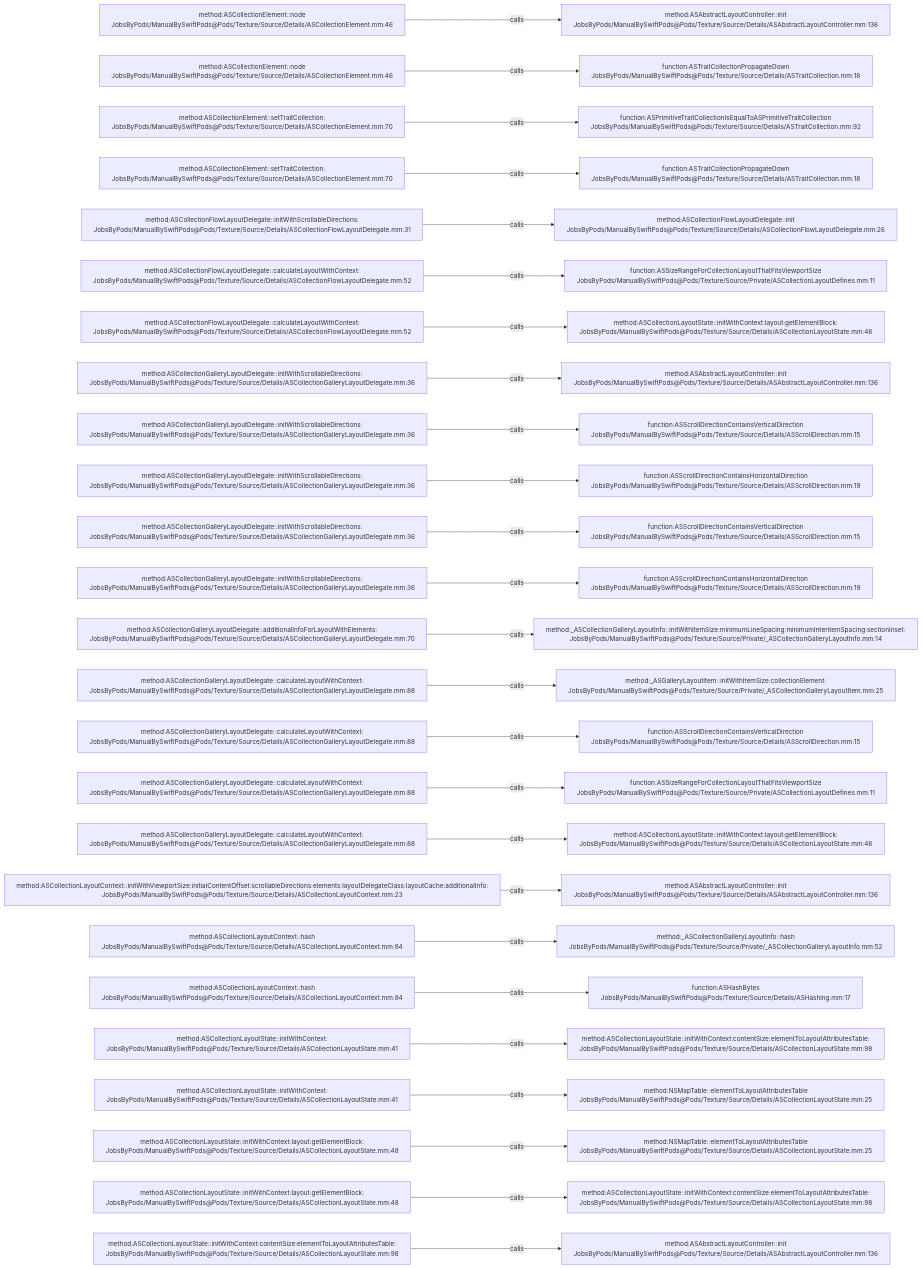
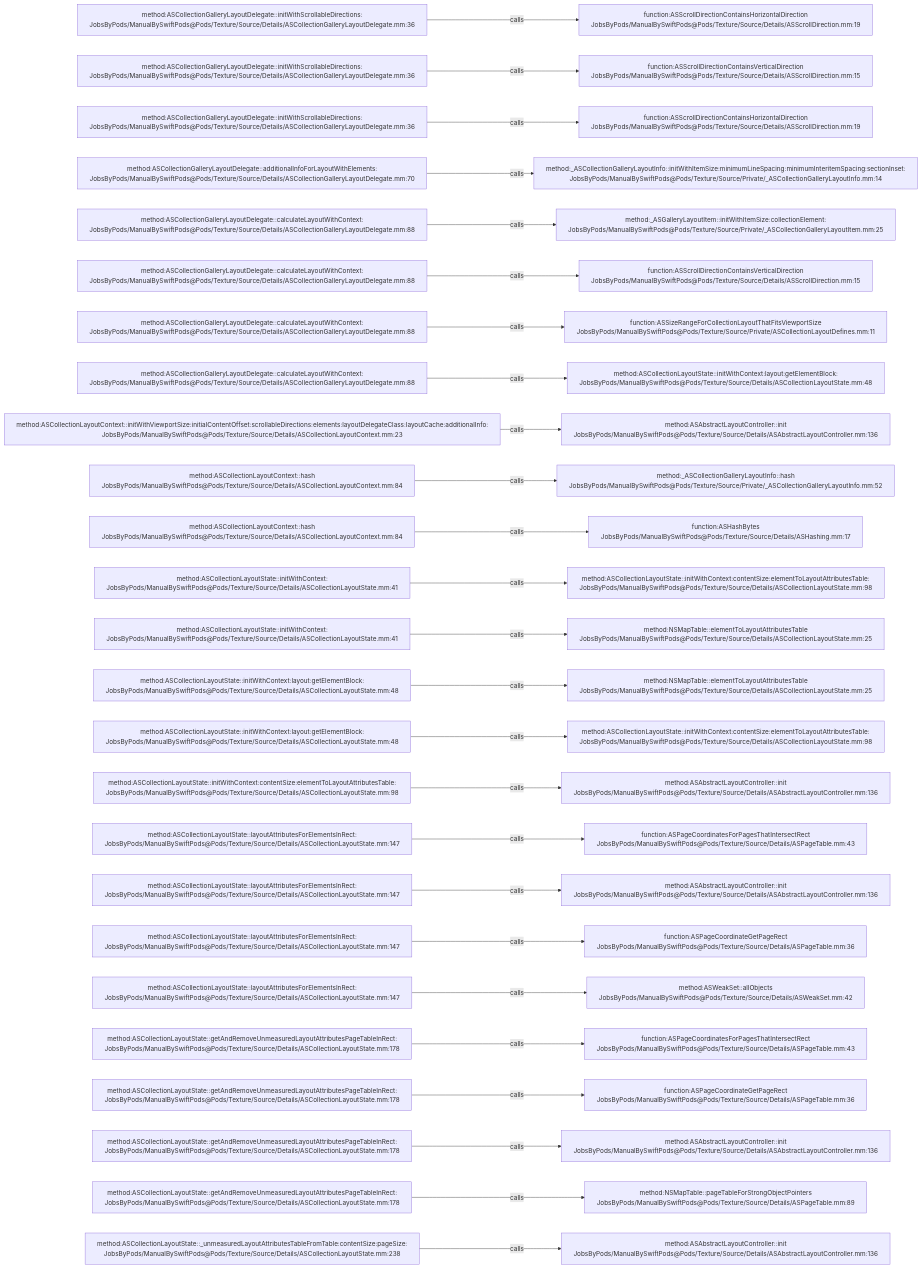
One commit to JobsKits/JobsSwiftBaseConfigDemo changed the diagram in .codegraph/codegraph.md/graphs/calls-083.md. Above: the diagram before and after it, drawn with Mermaid. The commit also changed 707 other files, not shown here.

````diff
--- a/.codegraph/codegraph.md/graphs/calls-083.md
+++ b/.codegraph/codegraph.md/graphs/calls-083.md
@@ -13,78 +13,78 @@
 ```mermaid
 flowchart LR
-  S1["method:ASCollectionElement::node<br/>JobsByPods/ManualBySwiftPods@Pods/Texture/Source/Details/ASCollectionElement.mm:46"]
-  T1["method:ASAbstractLayoutController::init<br/>JobsByPods/ManualBySwiftPods@Pods/Texture/Source/Details/ASAbstractLayoutController.mm:136"]
+  S1["method:ASCollectionGalleryLayoutDelegate::initWithScrollableDirections:<br/>JobsByPods/ManualBySwiftPods@Pods/Texture/Source/Details/ASCollectionGalleryLayoutDelegate.mm:36"]
+  T1["function:ASScrollDirectionContainsHorizontalDirection<br/>JobsByPods/ManualBySwiftPods@Pods/Texture/Source/Details/ASScrollDirection.mm:19"]
   S1 -->|calls| T1
-  S2["method:ASCollectionElement::node<br/>JobsByPods/ManualBySwiftPods@Pods/Texture/Source/Details/ASCollectionElement.mm:46"]
-  T2["function:ASTraitCollectionPropagateDown<br/>JobsByPods/ManualBySwiftPods@Pods/Texture/Source/Details/ASTraitCollection.mm:18"]
+  S2["method:ASCollectionGalleryLayoutDelegate::initWithScrollableDirections:<br/>JobsByPods/ManualBySwiftPods@Pods/Texture/Source/Details/ASCollectionGalleryLayoutDelegate.mm:36"]
+  T2["function:ASScrollDirectionContainsVerticalDirection<br/>JobsByPods/ManualBySwiftPods@Pods/Texture/Source/Details/ASScrollDirection.mm:15"]
   S2 -->|calls| T2
-  S3["method:ASCollectionElement::setTraitCollection:<br/>JobsByPods/ManualBySwiftPods@Pods/Texture/Source/Details/ASCollectionElement.mm:70"]
-  T3["function:ASPrimitiveTraitCollectionIsEqualToASPrimitiveTraitCollection<br/>JobsByPods/ManualBySwiftPods@Pods/Texture/Source/Details/ASTraitCollection.mm:92"]
+  S3["method:ASCollectionGalleryLayoutDelegate::initWithScrollableDirections:<br/>JobsByPods/ManualBySwiftPods@Pods/Texture/Source/Details/ASCollectionGalleryLayoutDelegate.mm:36"]
+  T3["function:ASScrollDirectionContainsHorizontalDirection<br/>JobsByPods/ManualBySwiftPods@Pods/Texture/Source/Details/ASScrollDirection.mm:19"]
   S3 -->|calls| T3
-  S4["method:ASCollectionElement::setTraitCollection:<br/>JobsByPods/ManualBySwiftPods@Pods/Texture/Source/Details/ASCollectionElement.mm:70"]
-  T4["function:ASTraitCollectionPropagateDown<br/>JobsByPods/ManualBySwiftPods@Pods/Texture/Source/Details/ASTraitCollection.mm:18"]
+  S4["method:ASCollectionGalleryLayoutDelegate::additionalInfoForLayoutWithElements:<br/>JobsByPods/ManualBySwiftPods@Pods/Texture/Source/Details/ASCollectionGalleryLayoutDelegate.mm:70"]
+  T4["method:_ASCollectionGalleryLayoutInfo::initWithItemSize:minimumLineSpacing:minimumInteritemSpacing:sectionInset:<br/>JobsByPods/ManualBySwiftPods@Pods/Texture/Source/Private/_ASCollectionGalleryLayoutInfo.mm:14"]
   S4 -->|calls| T4
-  S5["method:ASCollectionFlowLayoutDelegate::initWithScrollableDirections:<br/>JobsByPods/ManualBySwiftPods@Pods/Texture/Source/Details/ASCollectionFlowLayoutDelegate.mm:31"]
-  T5["method:ASCollectionFlowLayoutDelegate::init<br/>JobsByPods/ManualBySwiftPods@Pods/Texture/Source/Details/ASCollectionFlowLayoutDelegate.mm:26"]
+  S5["method:ASCollectionGalleryLayoutDelegate::calculateLayoutWithContext:<br/>JobsByPods/ManualBySwiftPods@Pods/Texture/Source/Details/ASCollectionGalleryLayoutDelegate.mm:88"]
+  T5["method:_ASGalleryLayoutItem::initWithItemSize:collectionElement:<br/>JobsByPods/ManualBySwiftPods@Pods/Texture/Source/Private/_ASCollectionGalleryLayoutItem.mm:25"]
   S5 -->|calls| T5
-  S6["method:ASCollectionFlowLayoutDelegate::calculateLayoutWithContext:<br/>JobsByPods/ManualBySwiftPods@Pods/Texture/Source/Details/ASCollectionFlowLayoutDelegate.mm:52"]
-  T6["function:ASSizeRangeForCollectionLayoutThatFitsViewportSize<br/>JobsByPods/ManualBySwiftPods@Pods/Texture/Source/Private/ASCollectionLayoutDefines.mm:11"]
+  S6["method:ASCollectionGalleryLayoutDelegate::calculateLayoutWithContext:<br/>JobsByPods/ManualBySwiftPods@Pods/Texture/Source/Details/ASCollectionGalleryLayoutDelegate.mm:88"]
+  T6["function:ASScrollDirectionContainsVerticalDirection<br/>JobsByPods/ManualBySwiftPods@Pods/Texture/Source/Details/ASScrollDirection.mm:15"]
   S6 -->|calls| T6
-  S7["method:ASCollectionFlowLayoutDelegate::calculateLayoutWithContext:<br/>JobsByPods/ManualBySwiftPods@Pods/Texture/Source/Details/ASCollectionFlowLayoutDelegate.mm:52"]
-  T7["method:ASCollectionLayoutState::initWithContext:layout:getElementBlock:<br/>JobsByPods/ManualBySwiftPods@Pods/Texture/Source/Details/ASCollectionLayoutState.mm:48"]
+  S7["method:ASCollectionGalleryLayoutDelegate::calculateLayoutWithContext:<br/>JobsByPods/ManualBySwiftPods@Pods/Texture/Source/Details/ASCollectionGalleryLayoutDelegate.mm:88"]
+  T7["function:ASSizeRangeForCollectionLayoutThatFitsViewportSize<br/>JobsByPods/ManualBySwiftPods@Pods/Texture/Source/Private/ASCollectionLayoutDefines.mm:11"]
   S7 -->|calls| T7
-  S8["method:ASCollectionGalleryLayoutDelegate::initWithScrollableDirections:<br/>JobsByPods/ManualBySwiftPods@Pods/Texture/Source/Details/ASCollectionGalleryLayoutDelegate.mm:36"]
-  T8["method:ASAbstractLayoutController::init<br/>JobsByPods/ManualBySwiftPods@Pods/Texture/Source/Details/ASAbstractLayoutController.mm:136"]
+  S8["method:ASCollectionGalleryLayoutDelegate::calculateLayoutWithContext:<br/>JobsByPods/ManualBySwiftPods@Pods/Texture/Source/Details/ASCollectionGalleryLayoutDelegate.mm:88"]
+  T8["method:ASCollectionLayoutState::initWithContext:layout:getElementBlock:<br/>JobsByPods/ManualBySwiftPods@Pods/Texture/Source/Details/ASCollectionLayoutState.mm:48"]
   S8 -->|calls| T8
-  S9["method:ASCollectionGalleryLayoutDelegate::initWithScrollableDirections:<br/>JobsByPods/ManualBySwiftPods@Pods/Texture/Source/Details/ASCollectionGalleryLayoutDelegate.mm:36"]
-  T9["function:ASScrollDirectionContainsVerticalDirection<br/>JobsByPods/ManualBySwiftPods@Pods/Texture/Source/Details/ASScrollDirection.mm:15"]
+  S9["method:ASCollectionLayoutContext::initWithViewportSize:initialContentOffset:scrollableDirections:elements:layoutDelegateClass:layoutCache:additionalInfo:<br/>JobsByPods/ManualBySwiftPods@Pods/Texture/Source/Details/ASCollectionLayoutContext.mm:23"]
+  T9["method:ASAbstractLayoutController::init<br/>JobsByPods/ManualBySwiftPods@Pods/Texture/Source/Details/ASAbstractLayoutController.mm:136"]
   S9 -->|calls| T9
-  S10["method:ASCollectionGalleryLayoutDelegate::initWithScrollableDirections:<br/>JobsByPods/ManualBySwiftPods@Pods/Texture/Source/Details/ASCollectionGalleryLayoutDelegate.mm:36"]
-  T10["function:ASScrollDirectionContainsHorizontalDirection<br/>JobsByPods/ManualBySwiftPods@Pods/Texture/Source/Details/ASScrollDirection.mm:19"]
+  S10["method:ASCollectionLayoutContext::hash<br/>JobsByPods/ManualBySwiftPods@Pods/Texture/Source/Details/ASCollectionLayoutContext.mm:84"]
+  T10["method:_ASCollectionGalleryLayoutInfo::hash<br/>JobsByPods/ManualBySwiftPods@Pods/Texture/Source/Private/_ASCollectionGalleryLayoutInfo.mm:52"]
   S10 -->|calls| T10
-  S11["method:ASCollectionGalleryLayoutDelegate::initWithScrollableDirections:<br/>JobsByPods/ManualBySwiftPods@Pods/Texture/Source/Details/ASCollectionGalleryLayoutDelegate.mm:36"]
-  T11["function:ASScrollDirectionContainsVerticalDirection<br/>JobsByPods/ManualBySwiftPods@Pods/Texture/Source/Details/ASScrollDirection.mm:15"]
+  S11["method:ASCollectionLayoutContext::hash<br/>JobsByPods/ManualBySwiftPods@Pods/Texture/Source/Details/ASCollectionLayoutContext.mm:84"]
+  T11["function:ASHashBytes<br/>JobsByPods/ManualBySwiftPods@Pods/Texture/Source/Details/ASHashing.mm:17"]
   S11 -->|calls| T11
-  S12["method:ASCollectionGalleryLayoutDelegate::initWithScrollableDirections:<br/>JobsByPods/ManualBySwiftPods@Pods/Texture/Source/Details/ASCollectionGalleryLayoutDelegate.mm:36"]
-  T12["function:ASScrollDirectionContainsHorizontalDirection<br/>JobsByPods/ManualBySwiftPods@Pods/Texture/Source/Details/ASScrollDirection.mm:19"]
+  S12["method:ASCollectionLayoutState::initWithContext:<br/>JobsByPods/ManualBySwiftPods@Pods/Texture/Source/Details/ASCollectionLayoutState.mm:41"]
+  T12["method:ASCollectionLayoutState::initWithContext:contentSize:elementToLayoutAttributesTable:<br/>JobsByPods/ManualBySwiftPods@Pods/Texture/Source/Details/ASCollectionLayoutState.mm:98"]
   S12 -->|calls| T12
-  S13["method:ASCollectionGalleryLayoutDelegate::additionalInfoForLayoutWithElements:<br/>JobsByPods/ManualBySwiftPods@Pods/Texture/Source/Details/ASCollectionGalleryLayoutDelegate.mm:70"]
-  T13["method:_ASCollectionGalleryLayoutInfo::initWithItemSize:minimumLineSpacing:minimumInteritemSpacing:sectionInset:<br/>JobsByPods/ManualBySwiftPods@Pods/Texture/Source/Private/_ASCollectionGalleryLayoutInfo.mm:14"]
+  S13["method:ASCollectionLayoutState::initWithContext:<br/>JobsByPods/ManualBySwiftPods@Pods/Texture/Source/Details/ASCollectionLayoutState.mm:41"]
+  T13["method:NSMapTable::elementToLayoutAttributesTable<br/>JobsByPods/ManualBySwiftPods@Pods/Texture/Source/Details/ASCollectionLayoutState.mm:25"]
   S13 -->|calls| T13
-  S14["method:ASCollectionGalleryLayoutDelegate::calculateLayoutWithContext:<br/>JobsByPods/ManualBySwiftPods@Pods/Texture/Source/Details/ASCollectionGalleryLayoutDelegate.mm:88"]
-  T14["method:_ASGalleryLayoutItem::initWithItemSize:collectionElement:<br/>JobsByPods/ManualBySwiftPods@Pods/Texture/Source/Private/_ASCollectionGalleryLayoutItem.mm:25"]
+  S14["method:ASCollectionLayoutState::initWithContext:layout:getElementBlock:<br/>JobsByPods/ManualBySwiftPods@Pods/Texture/Source/Details/ASCollectionLayoutState.mm:48"]
+  T14["method:NSMapTable::elementToLayoutAttributesTable<br/>JobsByPods/ManualBySwiftPods@Pods/Texture/Source/Details/ASCollectionLayoutState.mm:25"]
   S14 -->|calls| T14
-  S15["method:ASCollectionGalleryLayoutDelegate::calculateLayoutWithContext:<br/>JobsByPods/ManualBySwiftPods@Pods/Texture/Source/Details/ASCollectionGalleryLayoutDelegate.mm:88"]
-  T15["function:ASScrollDirectionContainsVerticalDirection<br/>JobsByPods/ManualBySwiftPods@Pods/Texture/Source/Details/ASScrollDirection.mm:15"]
+  S15["method:ASCollectionLayoutState::initWithContext:layout:getElementBlock:<br/>JobsByPods/ManualBySwiftPods@Pods/Texture/Source/Details/ASCollectionLayoutState.mm:48"]
+  T15["method:ASCollectionLayoutState::initWithContext:contentSize:elementToLayoutAttributesTable:<br/>JobsByPods/ManualBySwiftPods@Pods/Texture/Source/Details/ASCollectionLayoutState.mm:98"]
   S15 -->|calls| T15
-  S16["method:ASCollectionGalleryLayoutDelegate::calculateLayoutWithContext:<br/>JobsByPods/ManualBySwiftPods@Pods/Texture/Source/Details/ASCollectionGalleryLayoutDelegate.mm:88"]
-  T16["function:ASSizeRangeForCollectionLayoutThatFitsViewportSize<br/>JobsByPods/ManualBySwiftPods@Pods/Texture/Source/Private/ASCollectionLayoutDefines.mm:11"]
+  S16["method:ASCollectionLayoutState::initWithContext:contentSize:elementToLayoutAttributesTable:<br/>JobsByPods/ManualBySwiftPods@Pods/Texture/Source/Details/ASCollectionLayoutState.mm:98"]
+  T16["method:ASAbstractLayoutController::init<br/>JobsByPods/ManualBySwiftPods@Pods/Texture/Source/Details/ASAbstractLayoutController.mm:136"]
   S16 -->|calls| T16
-  S17["method:ASCollectionGalleryLayoutDelegate::calculateLayoutWithContext:<br/>JobsByPods/ManualBySwiftPods@Pods/Texture/Source/Details/ASCollectionGalleryLayoutDelegate.mm:88"]
-  T17["method:ASCollectionLayoutState::initWithContext:layout:getElementBlock:<br/>JobsByPods/ManualBySwiftPods@Pods/Texture/Source/Details/ASCollectionLayoutState.mm:48"]
+  S17["method:ASCollectionLayoutState::layoutAttributesForElementsInRect:<br/>JobsByPods/ManualBySwiftPods@Pods/Texture/Source/Details/ASCollectionLayoutState.mm:147"]
+  T17["function:ASPageCoordinatesForPagesThatIntersectRect<br/>JobsByPods/ManualBySwiftPods@Pods/Texture/Source/Details/ASPageTable.mm:43"]
   S17 -->|calls| T17
-  S18["method:ASCollectionLayoutContext::initWithViewportSize:initialContentOffset:scrollableDirections:elements:layoutDelegateClass:layoutCache:additionalInfo:<br/>JobsByPods/ManualBySwiftPods@Pods/Texture/Source/Details/ASCollectionLayoutContext.mm:23"]
+  S18["method:ASCollectionLayoutState::layoutAttributesForElementsInRect:<br/>JobsByPods/ManualBySwiftPods@Pods/Texture/Source/Details/ASCollectionLayoutState.mm:147"]
   T18["method:ASAbstractLayoutController::init<br/>JobsByPods/ManualBySwiftPods@Pods/Texture/Source/Details/ASAbstractLayoutController.mm:136"]
   S18 -->|calls| T18
-  S19["method:ASCollectionLayoutContext::hash<br/>JobsByPods/ManualBySwiftPods@Pods/Texture/Source/Details/ASCollectionLayoutContext.mm:84"]
-  T19["method:_ASCollectionGalleryLayoutInfo::hash<br/>JobsByPods/ManualBySwiftPods@Pods/Texture/Source/Private/_ASCollectionGalleryLayoutInfo.mm:52"]
+  S19["method:ASCollectionLayoutState::layoutAttributesForElementsInRect:<br/>JobsByPods/ManualBySwiftPods@Pods/Texture/Source/Details/ASCollectionLayoutState.mm:147"]
+  T19["function:ASPageCoordinateGetPageRect<br/>JobsByPods/ManualBySwiftPods@Pods/Texture/Source/Details/ASPageTable.mm:36"]
   S19 -->|calls| T19
-  S20["method:ASCollectionLayoutContext::hash<br/>JobsByPods/ManualBySwiftPods@Pods/Texture/Source/Details/ASCollectionLayoutContext.mm:84"]
-  T20["function:ASHashBytes<br/>JobsByPods/ManualBySwiftPods@Pods/Texture/Source/Details/ASHashing.mm:17"]
+  S20["method:ASCollectionLayoutState::layoutAttributesForElementsInRect:<br/>JobsByPods/ManualBySwiftPods@Pods/Texture/Source/Details/ASCollectionLayoutState.mm:147"]
+  T20["method:ASWeakSet::allObjects<br/>JobsByPods/ManualBySwiftPods@Pods/Texture/Source/Details/ASWeakSet.mm:42"]
   S20 -->|calls| T20
-  S21["method:ASCollectionLayoutState::initWithContext:<br/>JobsByPods/ManualBySwiftPods@Pods/Texture/Source/Details/ASCollectionLayoutState.mm:41"]
-  T21["method:ASCollectionLayoutState::initWithContext:contentSize:elementToLayoutAttributesTable:<br/>JobsByPods/ManualBySwiftPods@Pods/Texture/Source/Details/ASCollectionLayoutState.mm:98"]
+  S21["method:ASCollectionLayoutState::getAndRemoveUnmeasuredLayoutAttributesPageTableInRect:<br/>JobsByPods/ManualBySwiftPods@Pods/Texture/Source/Details/ASCollectionLayoutState.mm:178"]
+  T21["function:ASPageCoordinatesForPagesThatIntersectRect<br/>JobsByPods/ManualBySwiftPods@Pods/Texture/Source/Details/ASPageTable.mm:43"]
   S21 -->|calls| T21
-  S22["method:ASCollectionLayoutState::initWithContext:<br/>JobsByPods/ManualBySwiftPods@Pods/Texture/Source/Details/ASCollectionLayoutState.mm:41"]
-  T22["method:NSMapTable::elementToLayoutAttributesTable<br/>JobsByPods/ManualBySwiftPods@Pods/Texture/Source/Details/ASCollectionLayoutState.mm:25"]
+  S22["method:ASCollectionLayoutState::getAndRemoveUnmeasuredLayoutAttributesPageTableInRect:<br/>JobsByPods/ManualBySwiftPods@Pods/Texture/Source/Details/ASCollectionLayoutState.mm:178"]
+  T22["function:ASPageCoordinateGetPageRect<br/>JobsByPods/ManualBySwiftPods@Pods/Texture/Source/Details/ASPageTable.mm:36"]
   S22 -->|calls| T22
-  S23["method:ASCollectionLayoutState::initWithContext:layout:getElementBlock:<br/>JobsByPods/ManualBySwiftPods@Pods/Texture/Source/Details/ASCollectionLayoutState.mm:48"]
-  T23["method:NSMapTable::elementToLayoutAttributesTable<br/>JobsByPods/ManualBySwiftPods@Pods/Texture/Source/Details/ASCollectionLayoutState.mm:25"]
+  S23["method:ASCollectionLayoutState::getAndRemoveUnmeasuredLayoutAttributesPageTableInRect:<br/>JobsByPods/ManualBySwiftPods@Pods/Texture/Source/Details/ASCollectionLayoutState.mm:178"]
+  T23["method:ASAbstractLayoutController::init<br/>JobsByPods/ManualBySwiftPods@Pods/Texture/Source/Details/ASAbstractLayoutController.mm:136"]
   S23 -->|calls| T23
-  S24["method:ASCollectionLayoutState::initWithContext:layout:getElementBlock:<br/>JobsByPods/ManualBySwiftPods@Pods/Texture/Source/Details/ASCollectionLayoutState.mm:48"]
-  T24["method:ASCollectionLayoutState::initWithContext:contentSize:elementToLayoutAttributesTable:<br/>JobsByPods/ManualBySwiftPods@Pods/Texture/Source/Details/ASCollectionLayoutState.mm:98"]
+  S24["method:ASCollectionLayoutState::getAndRemoveUnmeasuredLayoutAttributesPageTableInRect:<br/>JobsByPods/ManualBySwiftPods@Pods/Texture/Source/Details/ASCollectionLayoutState.mm:178"]
+  T24["method:NSMapTable::pageTableForStrongObjectPointers<br/>JobsByPods/ManualBySwiftPods@Pods/Texture/Source/Details/ASPageTable.mm:89"]
   S24 -->|calls| T24
-  S25["method:ASCollectionLayoutState::initWithContext:contentSize:elementToLayoutAttributesTable:<br/>JobsByPods/ManualBySwiftPods@Pods/Texture/Source/Details/ASCollectionLayoutState.mm:98"]
+  S25["method:ASCollectionLayoutState::_unmeasuredLayoutAttributesTableFromTable:contentSize:pageSize:<br/>JobsByPods/ManualBySwiftPods@Pods/Texture/Source/Details/ASCollectionLayoutState.mm:238"]
   T25["method:ASAbstractLayoutController::init<br/>JobsByPods/ManualBySwiftPods@Pods/Texture/Source/Details/ASAbstractLayoutController.mm:136"]
   S25 -->|calls| T25
 ```
````
